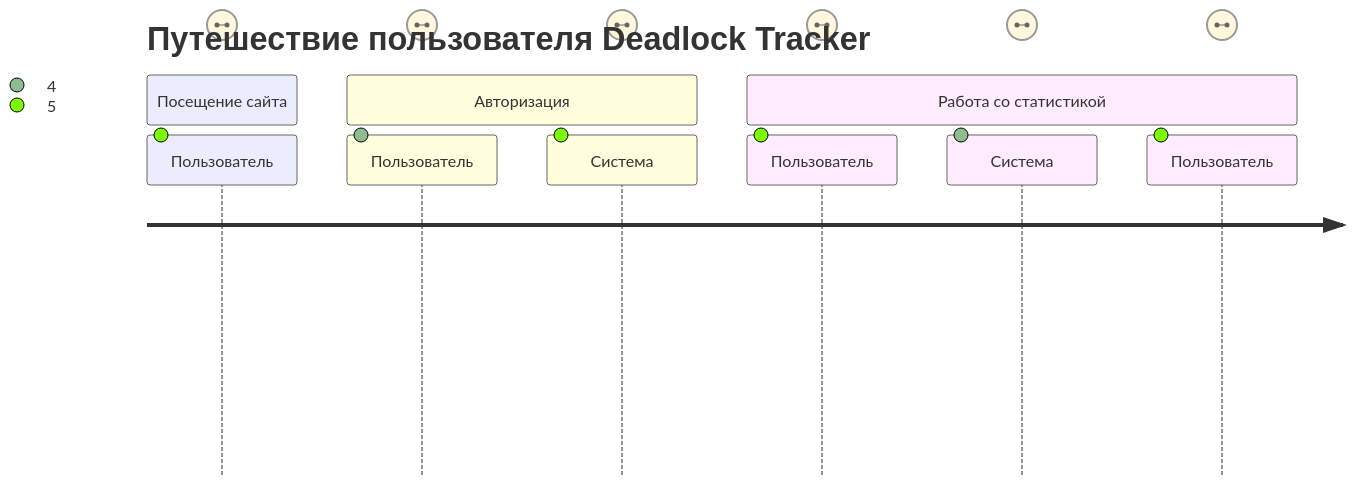
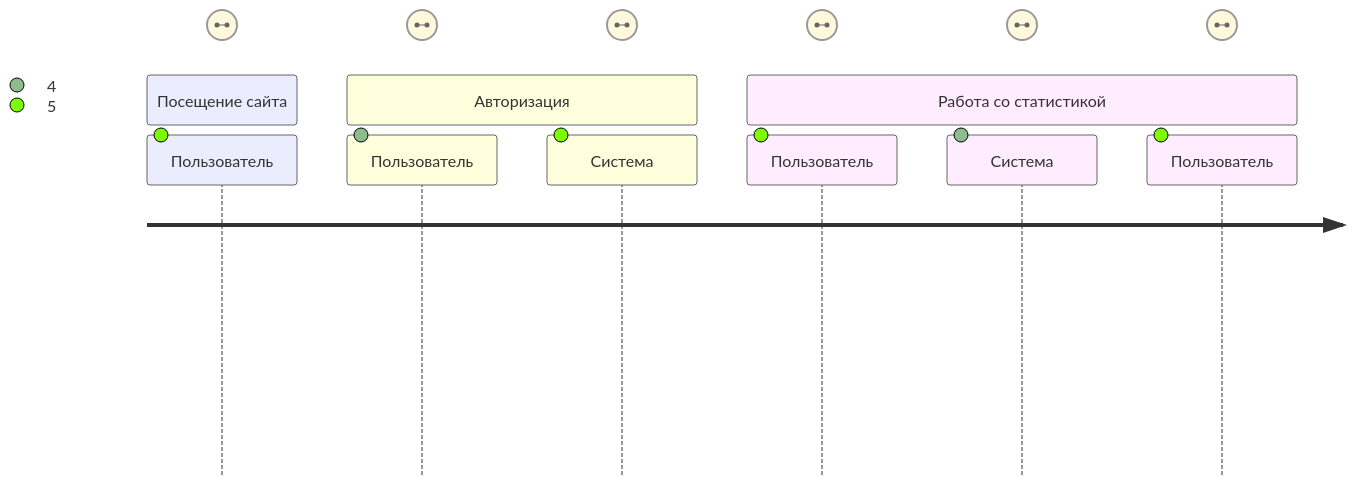
The second of 4 diagrams in README.md (yofujitsu/pkss12-markdown), drawn with Mermaid before and after one commit. The commit also changed other lines of this file, not shown here.

````diff
--- a/README.md
+++ b/README.md
@@ -33,14 +34,12 @@
 ```mermaid
 journey
-  title Путешествие пользователя Deadlock Tracker
-
   section Посещение сайта
     Пользователь: Переходит на главную страницу: 5: Удобно
   section Авторизация
     Пользователь: Вводит данные Steam: 4: Ожидаемо
     Система: Получает данные пользователя: 5: Быстро
   section Работа со статистикой
     Пользователь: Открывает статистику героя: 5: Информативно
     Система: Запрашивает данные с API: 4: Быстро
     Пользователь: Смотрит собственные данные: 5: Полезно
 ```
````
